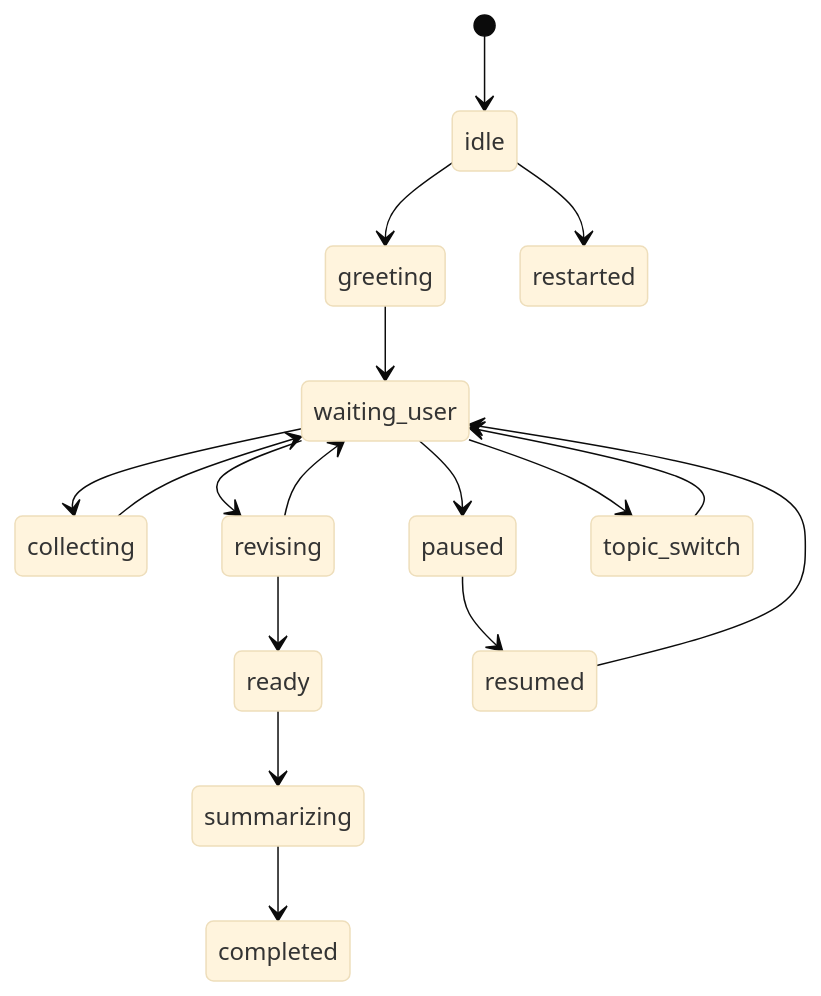
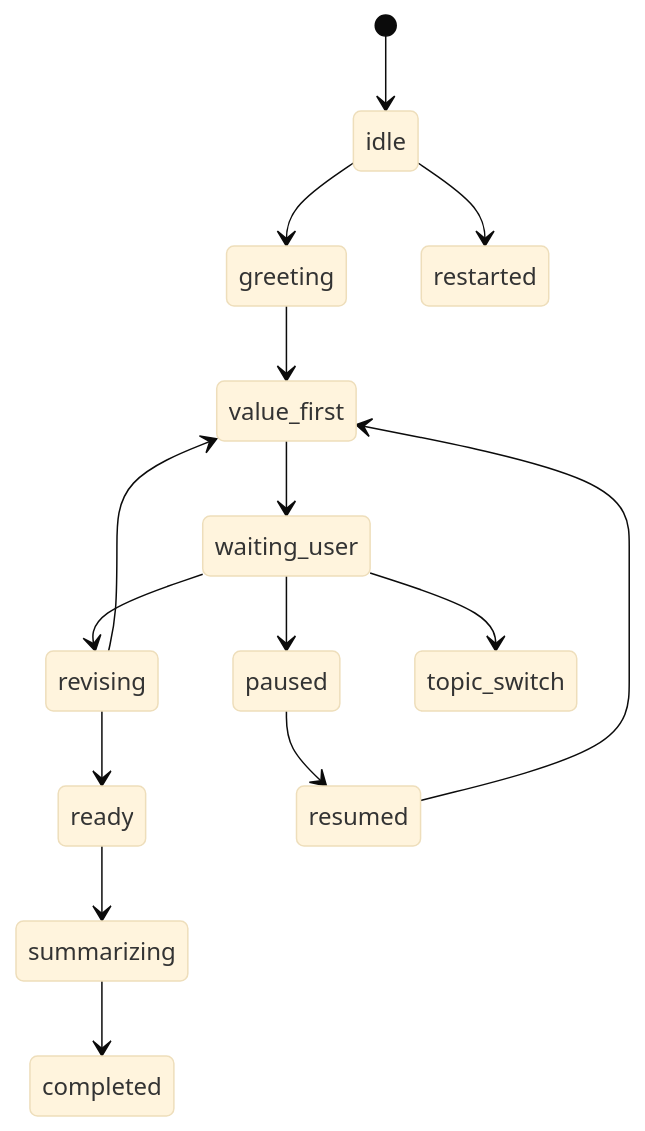
The second of 2 diagrams in docs/SPRINT85_CONVERSATION_MANAGER.md (SamiAlamoudi/rahhal-ai-platform), drawn with Mermaid (base theme) before and after one commit. The commit also changed other lines of this file and 15 other files, not shown here.

````diff
--- a/docs/SPRINT85_CONVERSATION_MANAGER.md
+++ b/docs/SPRINT85_CONVERSATION_MANAGER.md
@@ -42,19 +208,17 @@
 ```mermaid
 stateDiagram-v2
   [*] --> idle
   idle --> greeting
-  greeting --> waiting_user
-  waiting_user --> collecting
-  collecting --> waiting_user
+  greeting --> value_first
+  value_first --> waiting_user
   waiting_user --> revising
-  revising --> waiting_user
+  revising --> value_first
   revising --> ready
   waiting_user --> paused
   paused --> resumed
-  resumed --> waiting_user
+  resumed --> value_first
   waiting_user --> topic_switch
-  topic_switch --> waiting_user
   ready --> summarizing
   summarizing --> completed
   idle --> restarted
 ```
````
